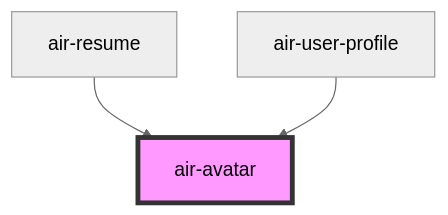
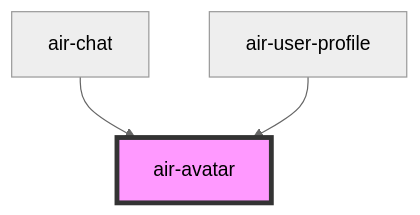
Before and after one commit to openwebstudio/AirUI: the diagram in src/components/avatar/readme.md, drawn with Mermaid (neutral theme). The commit also changed other lines of this file and 13 other files, not shown here.

````diff
--- a/src/components/avatar/readme.md
+++ b/src/components/avatar/readme.md
@@ -27,6 +27,6 @@
 ```mermaid
 graph TD;
-  air-resume --> air-avatar
+  air-chat --> air-avatar
   air-user-profile --> air-avatar
   style air-avatar fill:#f9f,stroke:#333,stroke-width:4px
 ```
````
